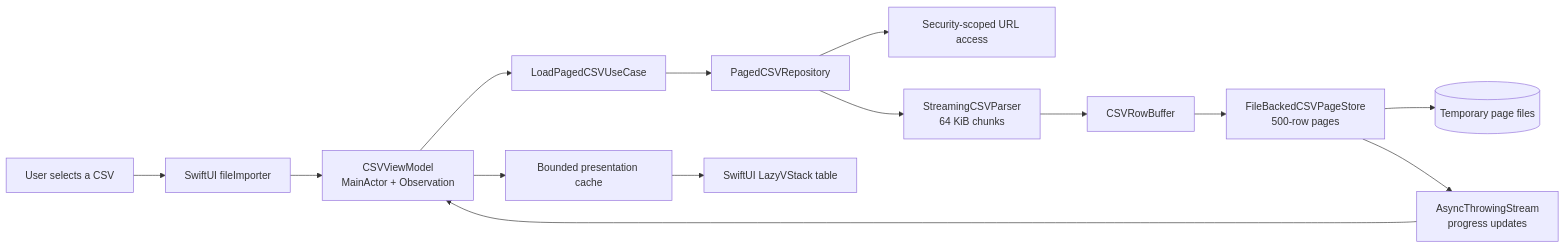
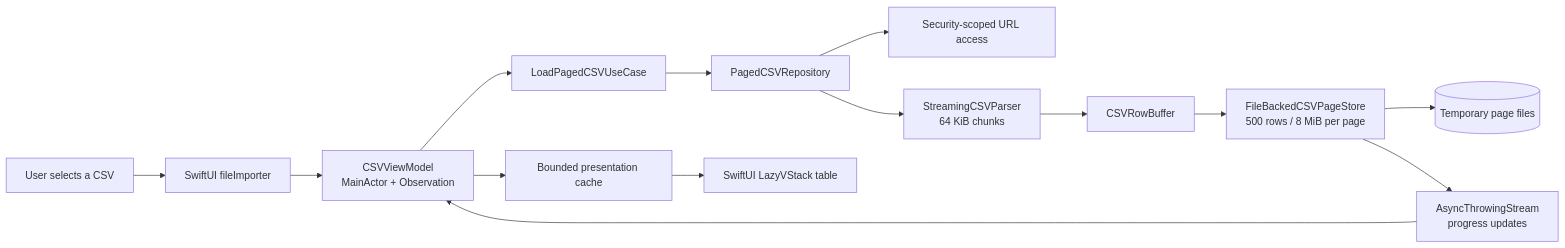
The first of 2 diagrams in README.md (andreynl/rabobank-ios-csv-viewer), drawn with Mermaid before and after one commit. The commit also changed other lines of this file and 8 other files, not shown here.

````diff
--- a/README.md
+++ b/README.md
@@ -111,16 +113,16 @@
 ```mermaid
 flowchart LR
     User[User selects a CSV] --> Importer[SwiftUI fileImporter]
     Importer --> VM[CSVViewModel<br/>MainActor + Observation]
     VM --> UseCase[LoadPagedCSVUseCase]
     UseCase --> Repository[PagedCSVRepository]
     Repository --> Access[Security-scoped URL access]
     Repository --> Parser[StreamingCSVParser<br/>64 KiB chunks]
     Parser --> Buffer[CSVRowBuffer]
-    Buffer --> Store[FileBackedCSVPageStore<br/>500-row pages]
+    Buffer --> Store[FileBackedCSVPageStore<br/>500 rows / 8 MiB per page]
     Store --> Disk[(Temporary page files)]
     Store --> Stream[AsyncThrowingStream<br/>progress updates]
     Stream --> VM
     VM --> Cache[Bounded presentation cache]
     Cache --> Table[SwiftUI LazyVStack table]
 ```
````
